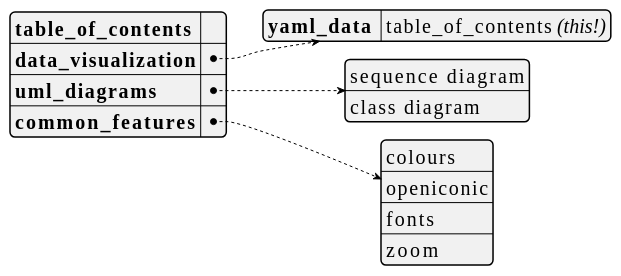
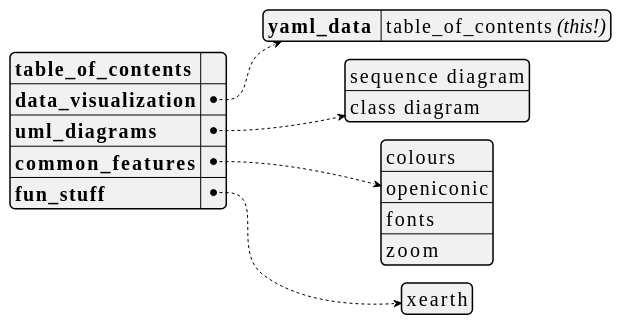
One commit to dragondive/heavens-arena changed the first of 14 diagrams in plantuml_demo.md. Above: the diagram before and after it, drawn with PlantUML. The commit also changed other lines of this file, not shown here.

Commit message:
added demo: xearth

````diff
--- a/plantuml_demo.md
+++ b/plantuml_demo.md
@@ -26,34 +26,36 @@
 ```plantuml
 @startyaml
 <style>
 yamlDiagram {
     node {
         ' use a constant width font because that's what developers do.
         FontName Consolas
         FontSize 20
     }
 }
 </style>
 
 /'TODO:
 It would be cool to hyperlink the entries in the table_of_contents to the
 respective section in the document. Not only would it further accentuate the
 [Medium Awareness](https://tvtropes.org/pmwiki/pmwiki.php/Main/MediumAwareness)
 of this yaml document, but also augment the
 [Anachronic Order](https://tvtropes.org/pmwiki/pmwiki.php/Main/AnachronicOrder)
 of the outer markdown document.
 '/
 
 **table_of_contents**: ""  /' workaround: empty string here to avoid dummy link '/
 data_visualization:
     yaml_data : table_of_contents //(this!)//
 uml_diagrams:
     - sequence diagram
     - class diagram
 common_features:
     - colours
     - openiconic
     - fonts
     - zoom
+fun_stuff:
+    - xearth
 @endyaml
 ```
````
